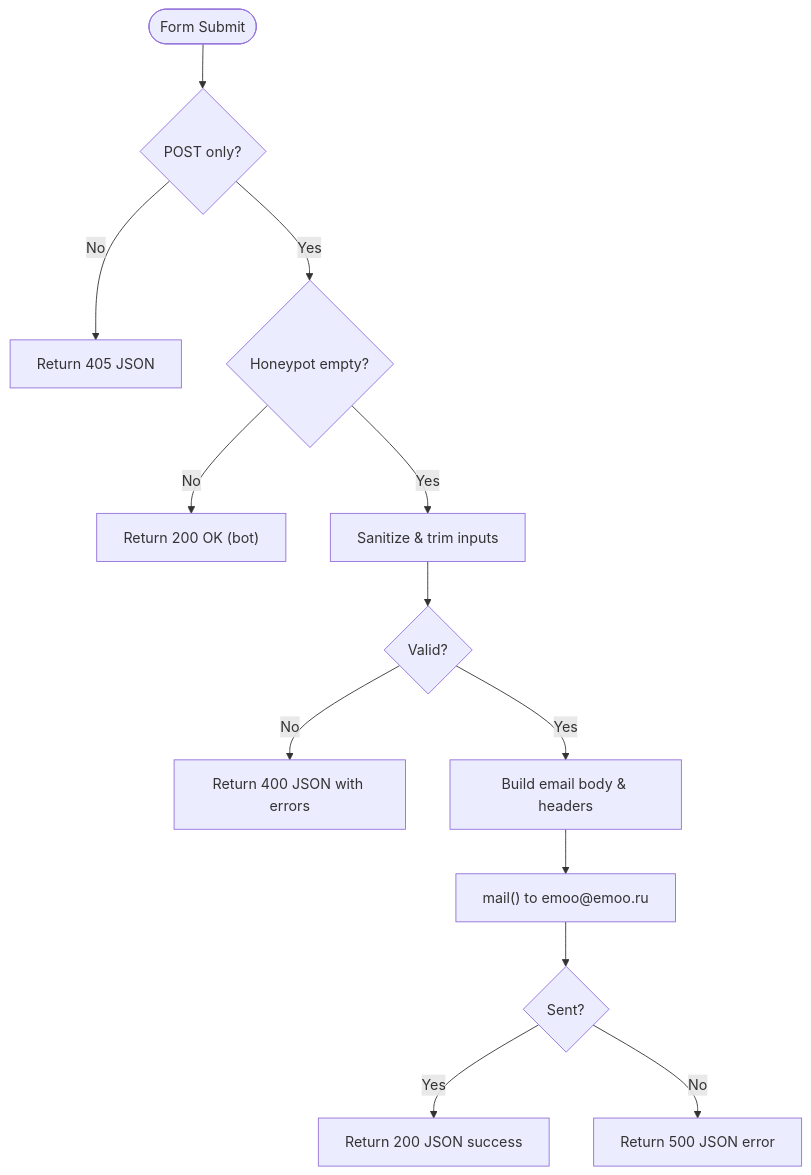
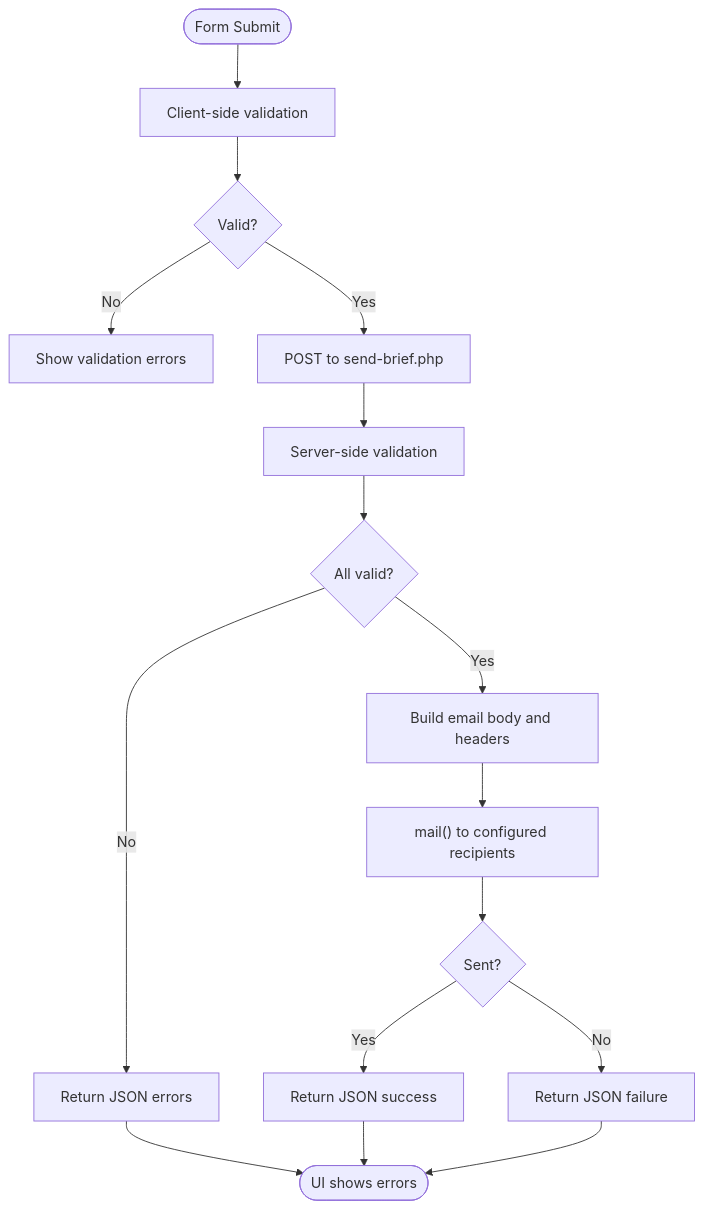
Before and after one commit to Vostrikov2014/emoo: the third of 4 diagrams in .qoder/repowiki/en/content/Quick Start Guide.md, drawn with Mermaid. The commit also changed other lines of this file and 49 other files, not shown here.

````diff
--- a/.qoder/repowiki/en/content/Quick Start Guide.md
+++ b/.qoder/repowiki/en/content/Quick Start Guide.md
@@ -94,15 +119,18 @@
 ```mermaid
 flowchart TD
-Start(["Form Submit"]) --> CheckMethod{"POST only?"}
-CheckMethod --> |No| MethodError["Return 405 JSON"]
-CheckMethod --> |Yes| Honeypot{"Honeypot empty?"}
-Honeypot --> |No| SilentOK["Return 200 OK (bot)"]
-Honeypot --> |Yes| Sanitize["Sanitize & trim inputs"]
-Sanitize --> Validate{"Valid?"}
-Validate --> |No| Err400["Return 400 JSON with errors"]
-Validate --> |Yes| BuildMail["Build email body & headers"]
-BuildMail --> SendMail["mail() to emoo@emoo.ru"]
-SendMail --> Result{"Sent?"}
-Result --> |Yes| Success["Return 200 JSON success"]
-Result --> |No| Error500["Return 500 JSON error"]
+Start(["Form Submit"]) --> ValidateClient["Client-side validation"]
+ValidateClient --> Valid{"Valid?"}
+Valid -- No --> ShowError["Show validation errors"]
+Valid -- Yes --> SendAjax["POST to send-brief.php"]
+SendAjax --> ServerValidate["Server-side validation"]
+ServerValidate --> Ok{"All valid?"}
+Ok -- No --> ReturnErrors["Return JSON errors"]
+Ok -- Yes --> BuildEmail["Build email body and headers"]
+BuildEmail --> SendMail["mail() to configured recipients"]
+SendMail --> Success{"Sent?"}
+Success -- Yes --> ReturnSuccess["Return JSON success"]
+Success -- No --> ReturnFail["Return JSON failure"]
+ReturnErrors --> End(["UI shows errors"])
+ReturnSuccess --> End
+ReturnFail --> End
 ```
````
